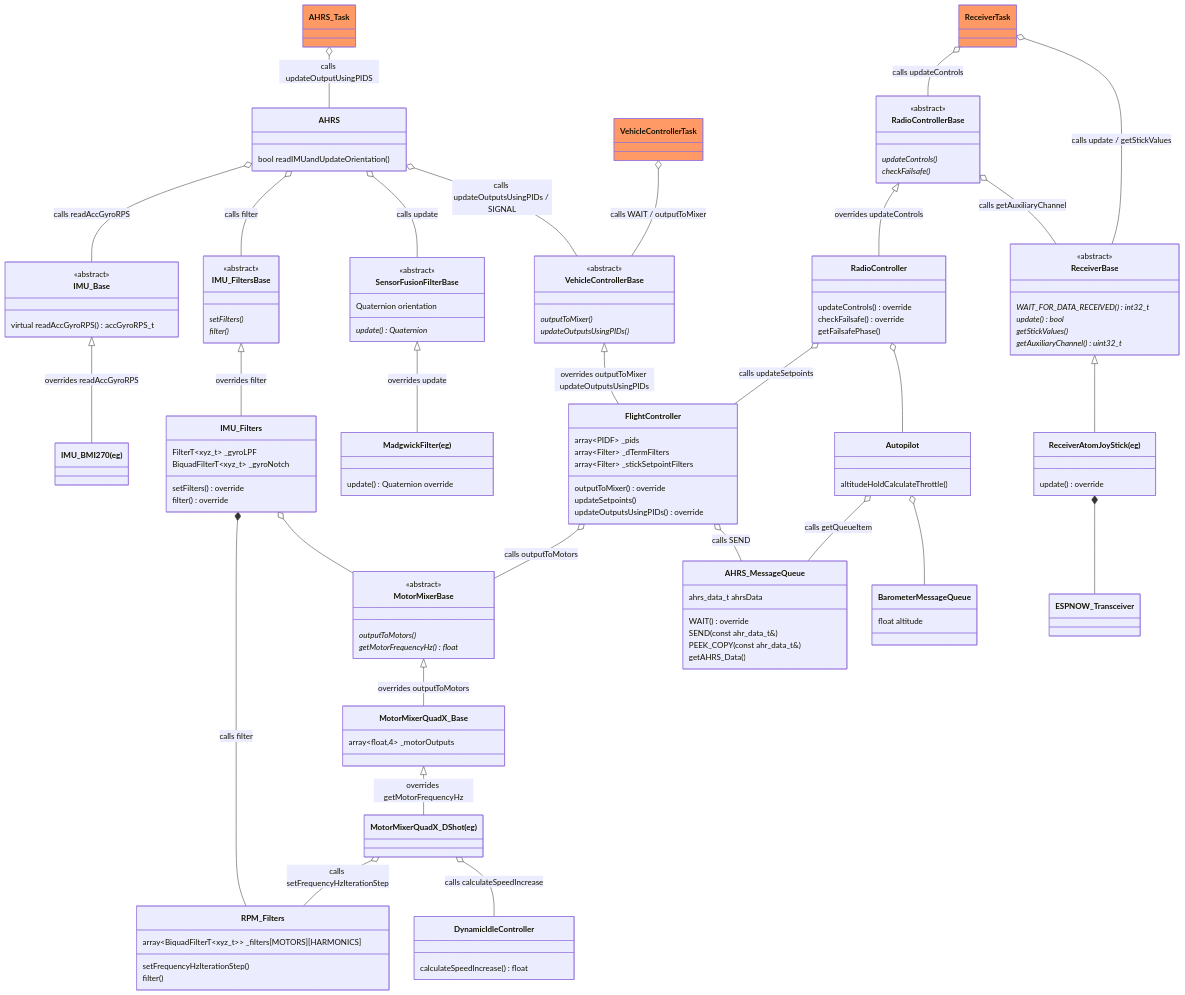
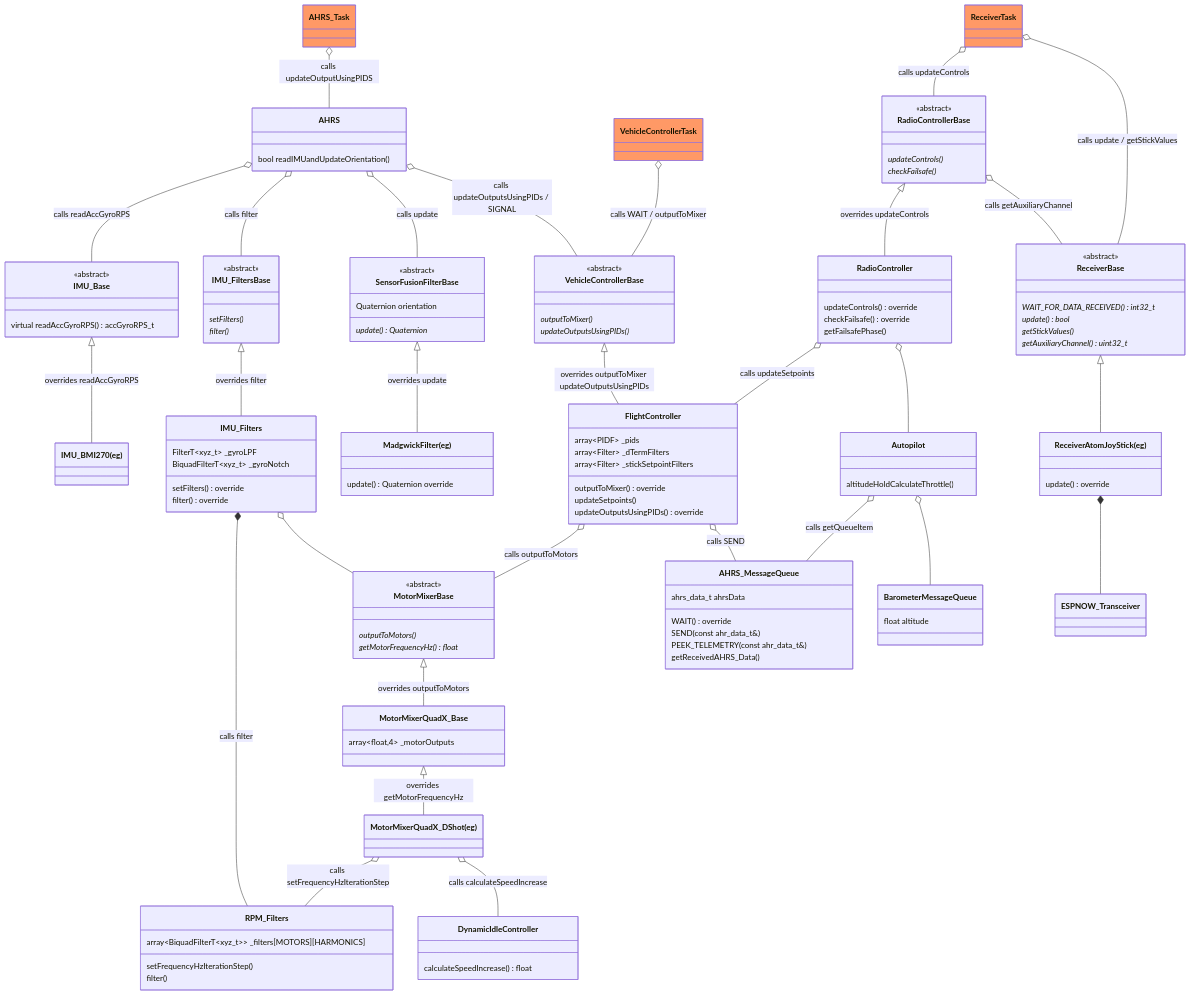
One commit to martinbudden/Protoflight changed the first of 5 diagrams in README.md. Above: the diagram before and after it, drawn with Mermaid. The commit also changed other lines of this file, not shown here.

```diff
--- a/README.md
+++ b/README.md
@@ -303,8 +303,8 @@
         ahrs_data_t ahrsData
         WAIT() override
         SEND(const ahr_data_t&)
-        PEEK_COPY(const ahr_data_t&)
-        getAHRS_Data()
+        PEEK_TELEMETRY(const ahr_data_t&)
+        getReceivedAHRS_Data()
     }
     link AHRS_MessageQueue "https://github.com/martinbudden/protoflight/blob/main/lib/Blackbox/src/AHRS_MessageQueue.h"
 
```
